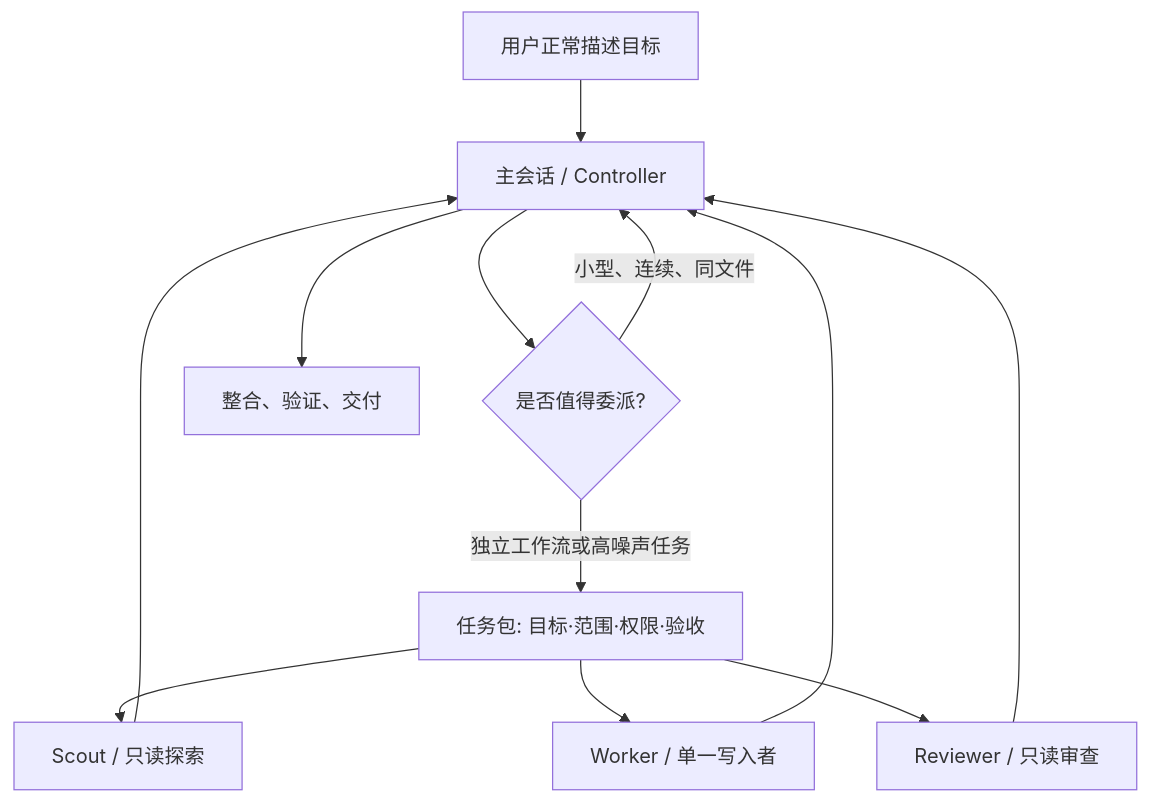
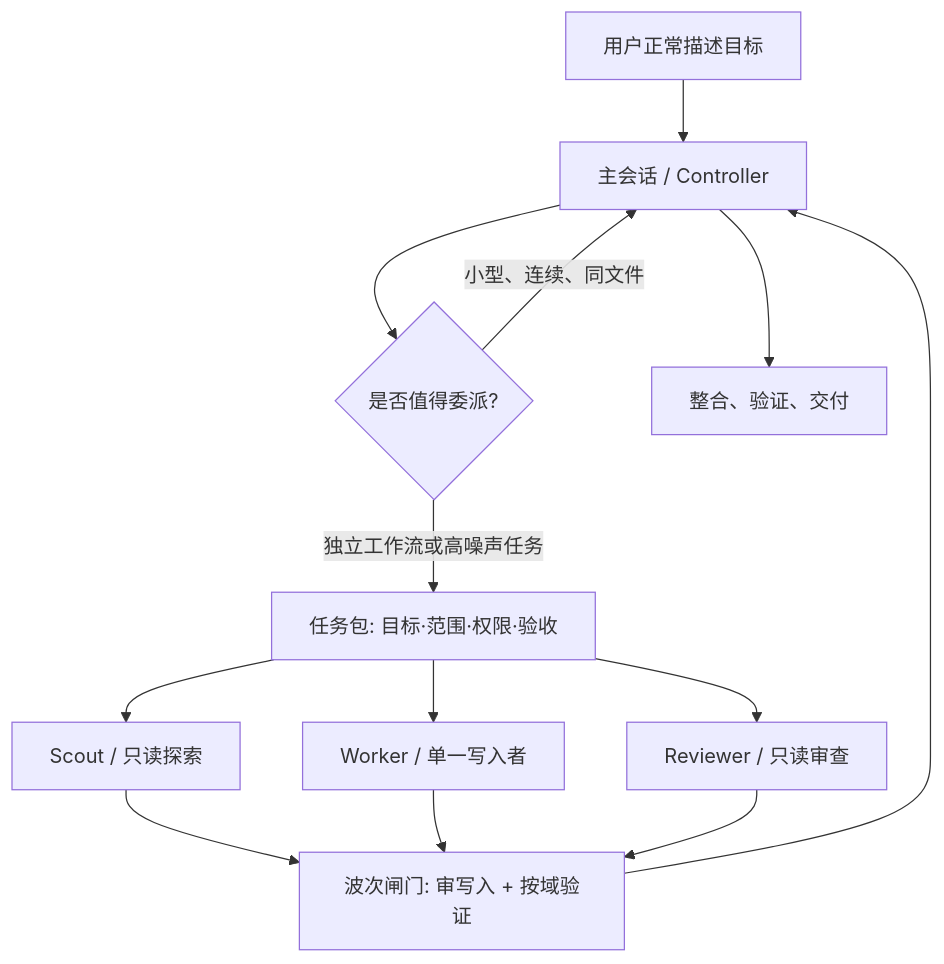
One commit to SanStone3/agent-strata changed the diagram in README.md. Above: the diagram before and after it, drawn with Mermaid. The commit also changed other lines of this file and 25 other files, not shown here.

````diff
--- a/README.md
+++ b/README.md
@@ -19,14 +20,15 @@
 ```mermaid
 flowchart TB
     U[用户正常描述目标] --> C[主会话 / Controller]
     C --> D{是否值得委派?}
     D -->|小型、连续、同文件| C
     D -->|独立工作流或高噪声任务| P[任务包: 目标·范围·权限·验收]
     P --> S[Scout / 只读探索]
     P --> W[Worker / 单一写入者]
     P --> R[Reviewer / 只读审查]
-    S --> C
-    W --> C
-    R --> C
+    S --> G[波次闸门: 审写入 + 按域验证]
+    W --> G
+    R --> G
+    G --> C
     C --> V[整合、验证、交付]
 ```
````
